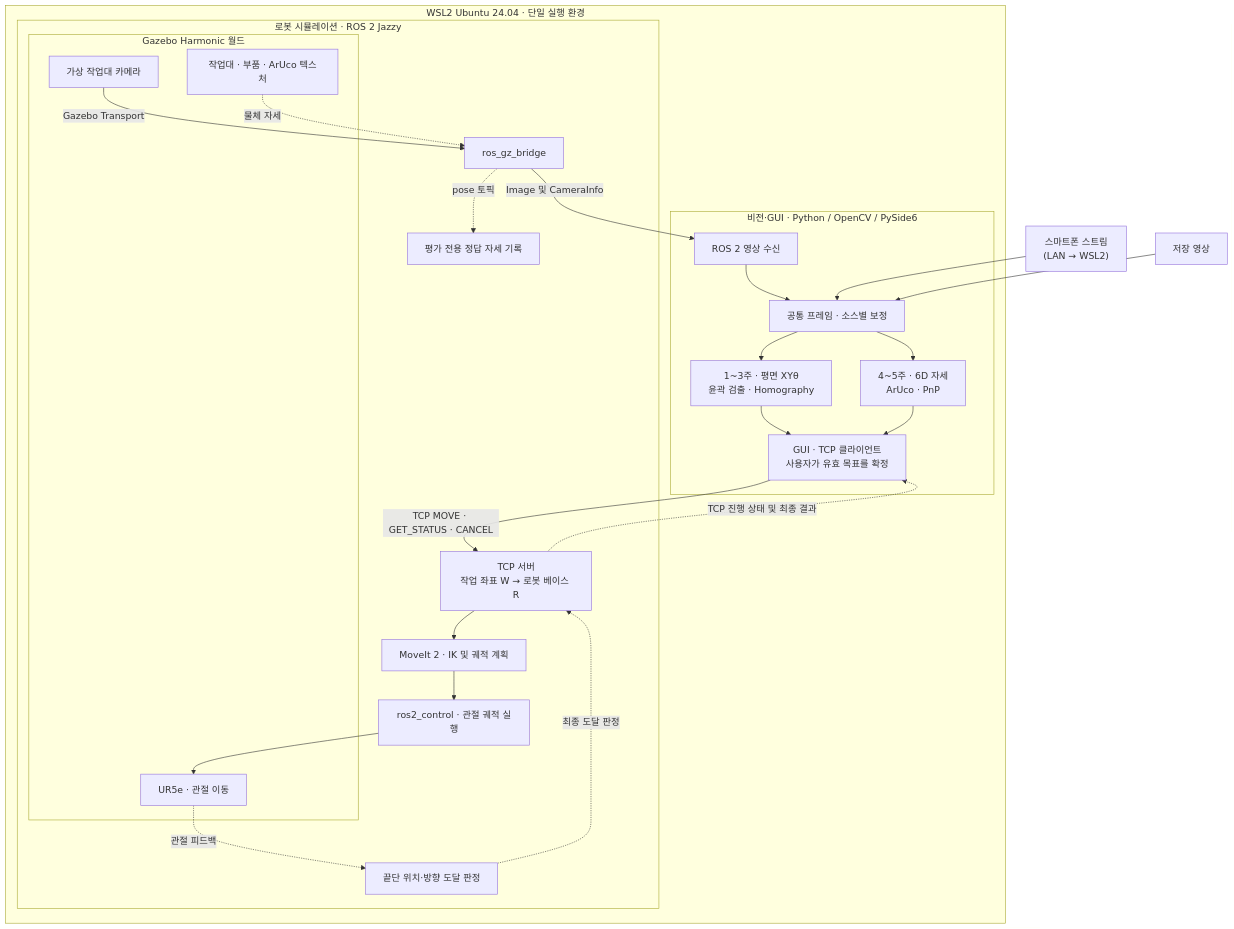
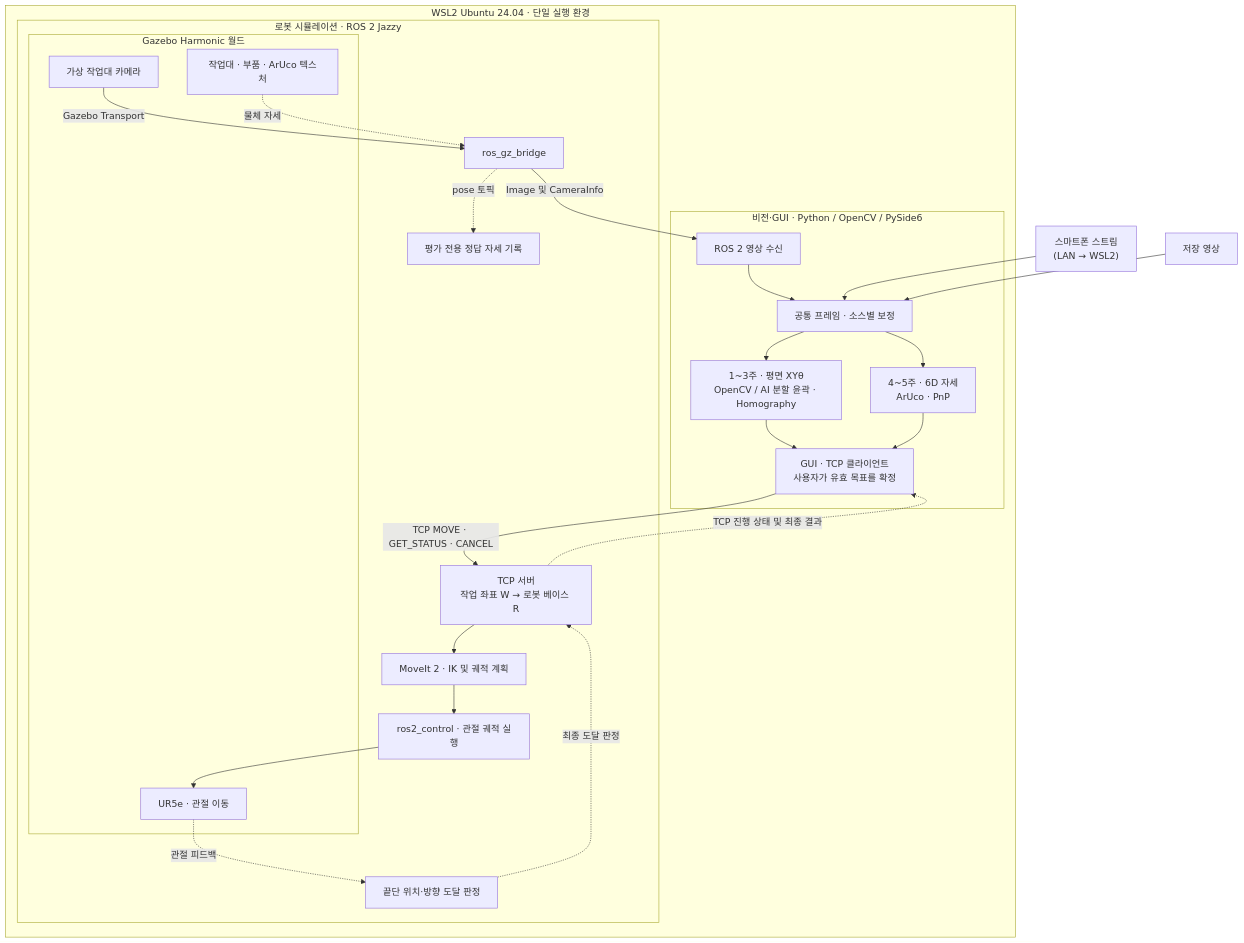
Before and after one commit to didgustmd23/EyetoArm: the diagram in docs/architecture/시스템_아키텍처_및_프로젝트_계획.md, drawn with Mermaid. The commit also changed other lines of this file and 3 other files, not shown here.

````diff
--- a/docs/architecture/시스템_아키텍처_및_프로젝트_계획.md
+++ b/docs/architecture/시스템_아키텍처_및_프로젝트_계획.md
@@ -70,50 +77,50 @@
 ```mermaid
 flowchart TB
     Phone["스마트폰 스트림<br/>(LAN → WSL2)"]
     Video["저장 영상"]
 
     subgraph WSL["WSL2 Ubuntu 24.04 · 단일 실행 환경"]
 
         subgraph Vision["비전·GUI · Python / OpenCV / PySide6"]
             RosInput["ROS 2 영상 수신"]
             Frames["공통 프레임 · 소스별 보정"]
-            Planar["1~3주 · 평면 XYθ<br/>윤곽 검출 · Homography"]
+            Planar["1~3주 · 평면 XYθ<br/>OpenCV / AI 분할 윤곽 · Homography"]
             Pose["4~5주 · 6D 자세<br/>ArUco · PnP"]
             Client["GUI · TCP 클라이언트<br/>사용자가 유효 목표를 확정"]
             RosInput --> Frames
             Frames --> Planar
             Frames --> Pose
             Planar --> Client
             Pose --> Client
         end
 
         subgraph Robot["로봇 시뮬레이션 · ROS 2 Jazzy"]
             Bridge["ros_gz_bridge"]
             Server["TCP 서버<br/>작업 좌표 W → 로봇 베이스 R"]
             Planner["MoveIt 2 · IK 및 궤적 계획"]
             Controller["ros2_control · 관절 궤적 실행"]
             Verify["끝단 위치·방향 도달 판정"]
 
             subgraph World["Gazebo Harmonic 월드"]
                 Camera["가상 작업대 카메라"]
                 Scene["작업대 · 부품 · ArUco 텍스처"]
                 Arm["UR5e · 관절 이동"]
             end
 
             Truth["평가 전용 정답 자세 기록"]
 
             Camera -->|Gazebo Transport| Bridge
             Scene -. 물체 자세 .-> Bridge
             Bridge -. pose 토픽 .-> Truth
             Server --> Planner --> Controller --> Arm
             Arm -. 관절 피드백 .-> Verify
         end
     end
 
     Phone --> Frames
     Video --> Frames
     Bridge -->|Image 및 CameraInfo| RosInput
     Client -->|"TCP MOVE · GET_STATUS · CANCEL"| Server
     Verify -. 최종 도달 판정 .-> Server
     Server -. TCP 진행 상태 및 최종 결과 .-> Client
 ```
````
